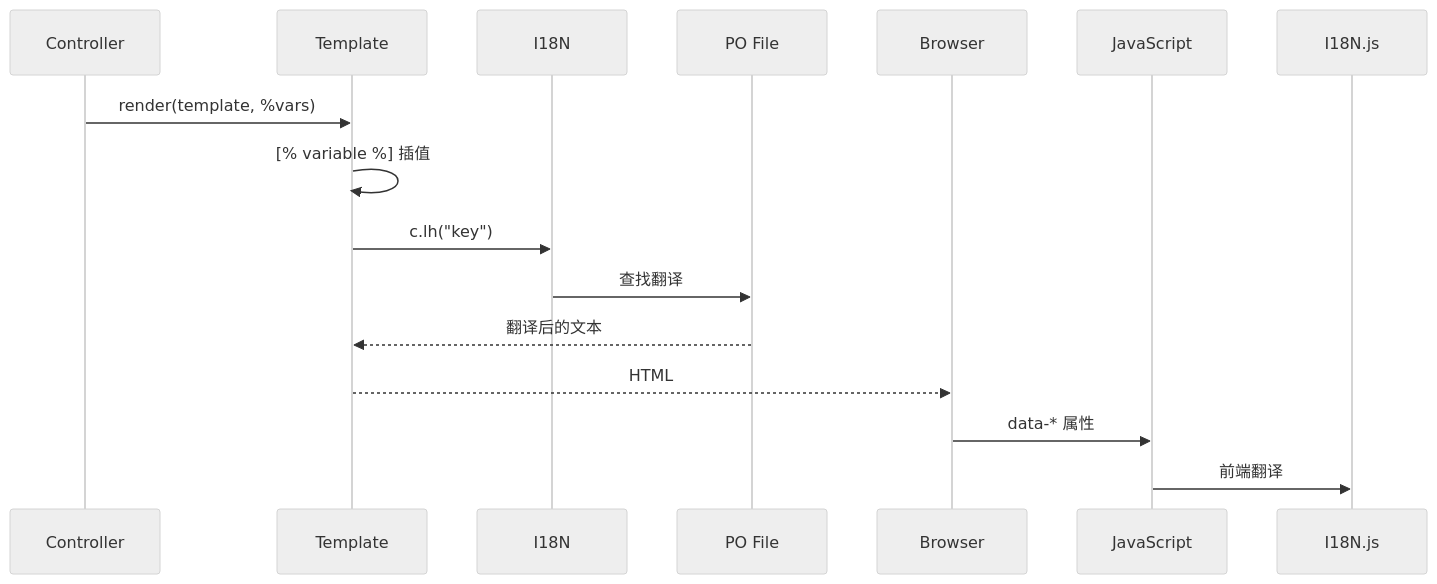
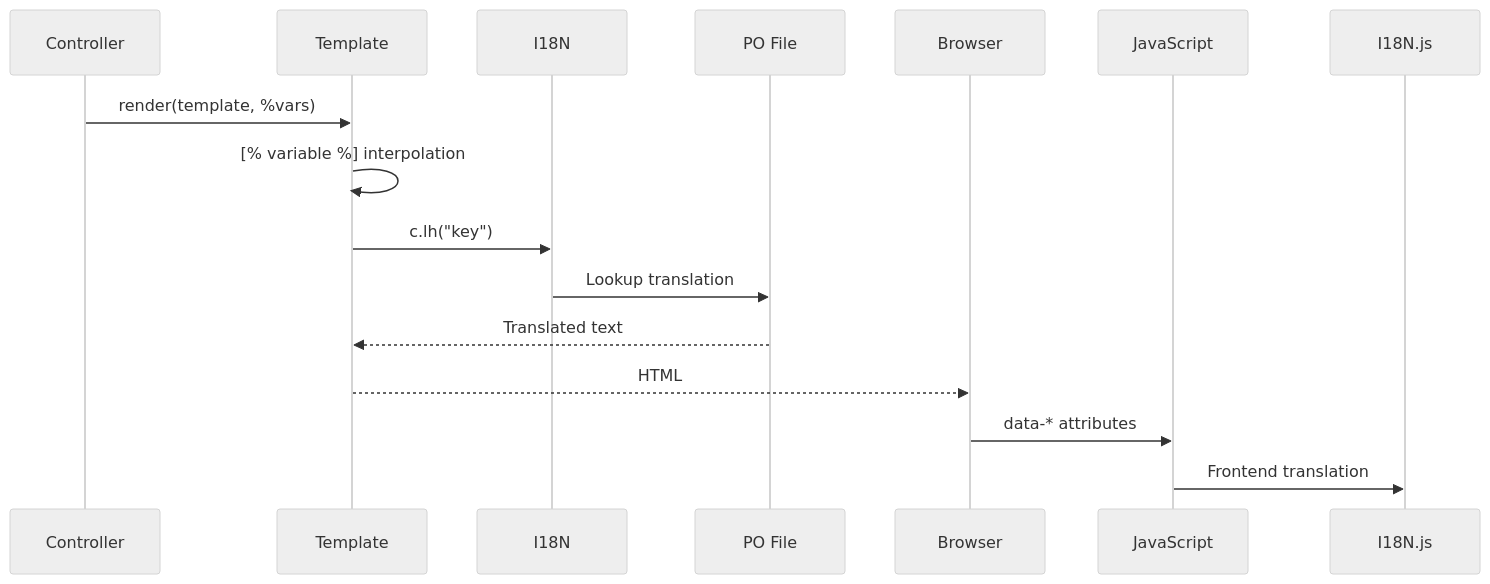
The diagram in docs/zh-CN/07_i18n.md (OborozukiNoYume/LANraragi), drawn with Mermaid (neutral theme) before and after one commit. The commit also changed other lines of this file and 7 other files, not shown here.

````diff
--- a/docs/zh-CN/07_i18n.md
+++ b/docs/zh-CN/07_i18n.md
@@ -193,11 +193,11 @@
 ```mermaid
 sequenceDiagram
     Controller->>Template: render(template, %vars)
-    Template->>Template: [% variable %] 插值
+    Template->>Template: [% variable %] interpolation
     Template->>I18N: c.lh("key")
-    I18N->>PO File: 查找翻译
-    PO File-->>Template: 翻译后的文本
+    I18N->>PO File: Lookup translation
+    PO File-->>Template: Translated text
     Template-->>Browser: HTML
-    Browser->>JavaScript: data-* 属性
-    JavaScript->>I18N.js: 前端翻译
+    Browser->>JavaScript: data-* attributes
+    JavaScript->>I18N.js: Frontend translation
 ```
````
